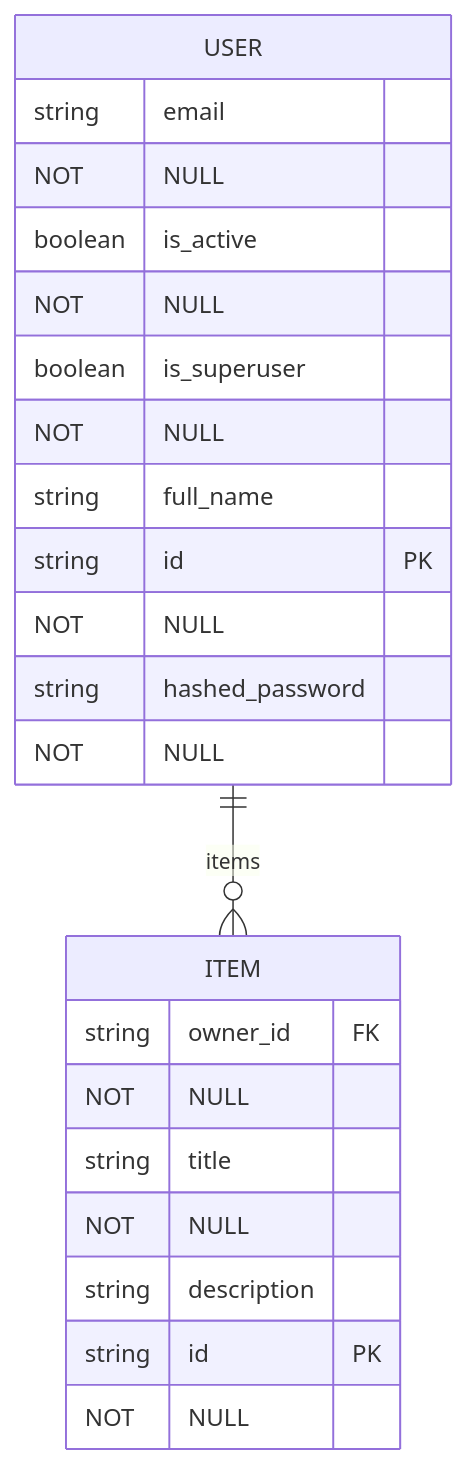
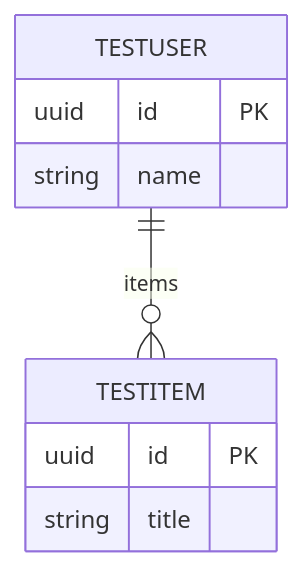
One commit to murphycrew/full-stack-fastapi-template changed the diagram in docs/database/erd.mmd. Above: the diagram before and after it, drawn with Mermaid. The commit also changed 5 other files, not shown here.

```diff
--- a/docs/database/erd.mmd
+++ b/docs/database/erd.mmd
@@ -1,28 +1,22 @@
 %% Database ERD Diagram
-%% Generated: 2025-10-06T19:59:25.232992
+%% Generated: 2025-10-06T20:50:07.489083
 %% Version: Unknown
 %% Entities: 2
 %% Relationships: 1
 %% Status: invalid
 
 %% This diagram is automatically generated from SQLModel definitions
 
 erDiagram
 
-USER {
-    string email NOT NULL
-    boolean is_active NOT NULL
-    boolean is_superuser NOT NULL
-    string full_name
-    string id PK NOT NULL
-    string hashed_password NOT NULL
+TESTUSER {
+    uuid id PK
+    string name
 }
 
-ITEM {
-    string owner_id FK NOT NULL
-    string title NOT NULL
-    string description
-    string id PK NOT NULL
+TESTITEM {
+    uuid id PK
+    string title
 }
 
-USER ||--o{ ITEM : items
+TESTUSER ||--o{ TESTITEM : items
```
